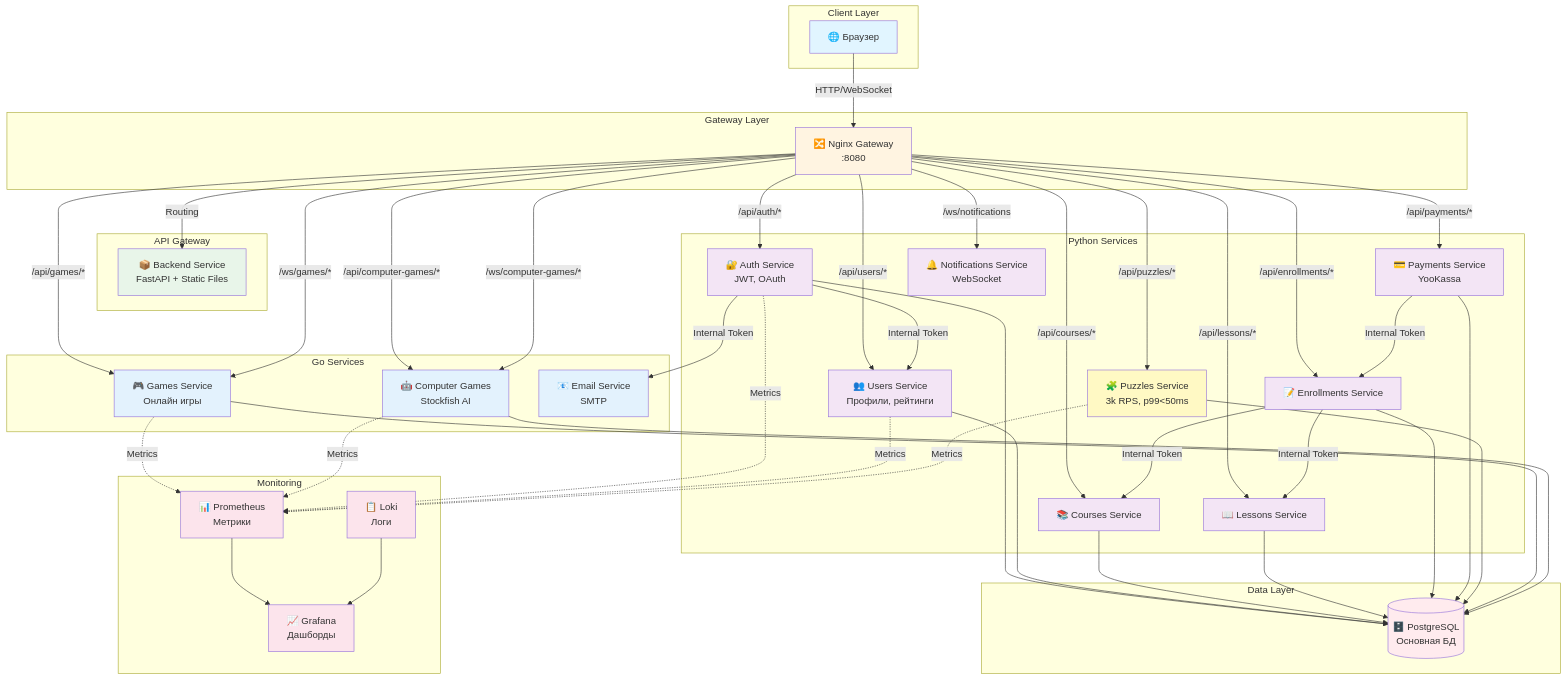
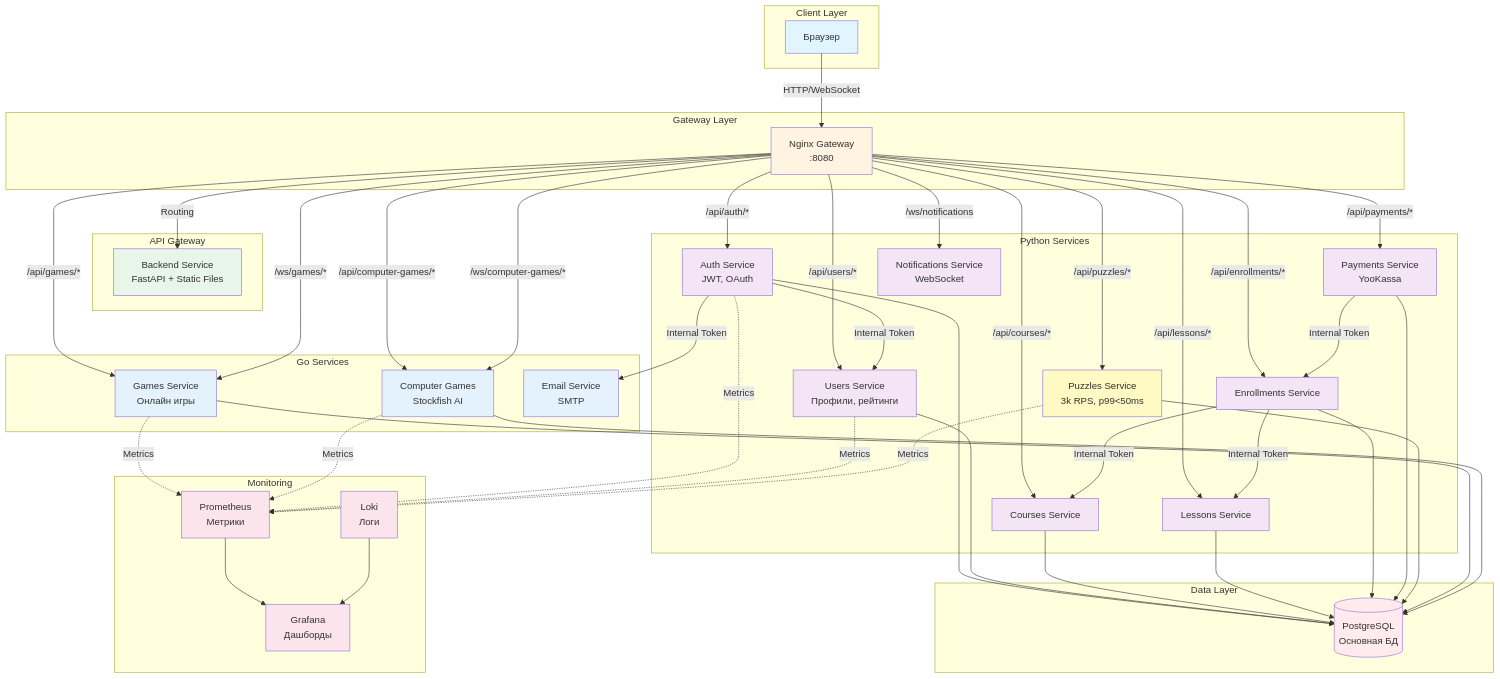
Before and after one commit to VoolFI71/chess_platform: the diagram in README.md, drawn with Mermaid. The commit also changed other lines of this file, not shown here.

````diff
--- a/README.md
+++ b/README.md
@@ -14,42 +9,42 @@
 ```mermaid
 graph TB
     subgraph "Client Layer"
-        Browser[🌐 Браузер]
+        Browser[Браузер]
     end
     
     subgraph "Gateway Layer"
-        Nginx[🔀 Nginx Gateway<br/>:8080]
+        Nginx[Nginx Gateway<br/>:8080]
     end
     
     subgraph "API Gateway"
-        Backend[📦 Backend Service<br/>FastAPI + Static Files]
+        Backend[Backend Service<br/>FastAPI + Static Files]
     end
     
     subgraph "Python Services"
-        Auth[🔐 Auth Service<br/>JWT, OAuth]
-        Users[👥 Users Service<br/>Профили, рейтинги]
-        Courses[📚 Courses Service]
-        Lessons[📖 Lessons Service]
-        Enrollments[📝 Enrollments Service]
-        Payments[💳 Payments Service<br/>YooKassa]
-        Puzzles[🧩 Puzzles Service<br/>3k RPS, p99<50ms]
-        Notifications[🔔 Notifications Service<br/>WebSocket]
+        Auth[Auth Service<br/>JWT, OAuth]
+        Users[Users Service<br/>Профили, рейтинги]
+        Courses[Courses Service]
+        Lessons[Lessons Service]
+        Enrollments[Enrollments Service]
+        Payments[Payments Service<br/>YooKassa]
+        Puzzles[Puzzles Service<br/>3k RPS, p99<50ms]
+        Notifications[Notifications Service<br/>WebSocket]
     end
     
     subgraph "Go Services"
-        Games[🎮 Games Service<br/>Онлайн игры]
-        ComputerGames[🤖 Computer Games<br/>Stockfish AI]
-        Email[📧 Email Service<br/>SMTP]
+        Games[Games Service<br/>Онлайн игры]
+        ComputerGames[Computer Games<br/>Stockfish AI]
+        Email[Email Service<br/>SMTP]
     end
     
     subgraph "Data Layer"
-        PostgreSQL[(🗄️ PostgreSQL<br/>Основная БД)]
+        PostgreSQL[(PostgreSQL<br/>Основная БД)]
     end
     
     subgraph "Monitoring"
-        Prometheus[📊 Prometheus<br/>Метрики]
-        Grafana[📈 Grafana<br/>Дашборды]
-        Loki[📋 Loki<br/>Логи]
+        Prometheus[Prometheus<br/>Метрики]
+        Grafana[Grafana<br/>Дашборды]
+        Loki[Loki<br/>Логи]
     end
     
     Browser -->|HTTP/WebSocket| Nginx
````
